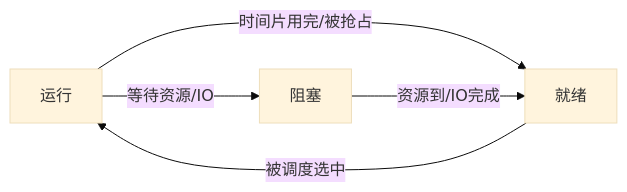
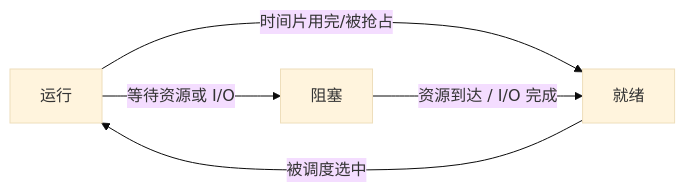
The diagram in 01_综合知识/01_计算机基础知识/02_操作系统/进程与线程.md (74262195/system-architect-notes), drawn with Mermaid (base theme) before and after one commit. The commit also changed other lines of this file, not shown here.

````diff
--- a/01_综合知识/01_计算机基础知识/02_操作系统/进程与线程.md
+++ b/01_综合知识/01_计算机基础知识/02_操作系统/进程与线程.md
@@ -52,7 +171,7 @@
 ```mermaid
 flowchart LR
     A[运行] -->|时间片用完/被抢占| B[就绪]
     B -->|被调度选中| A
-    A -->|等待资源/IO| C[阻塞]
-    C -->|资源到/IO完成| B
+    A -->|等待资源或 I/O| C[阻塞]
+    C -->|资源到达 / I/O 完成| B
 ```
````
